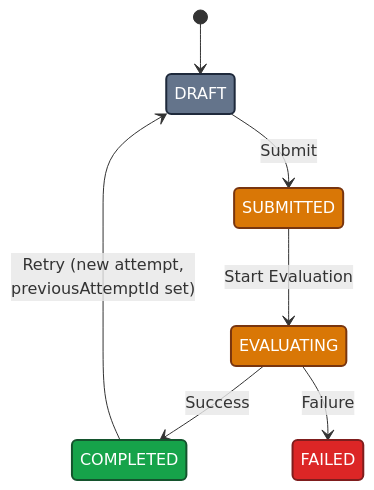
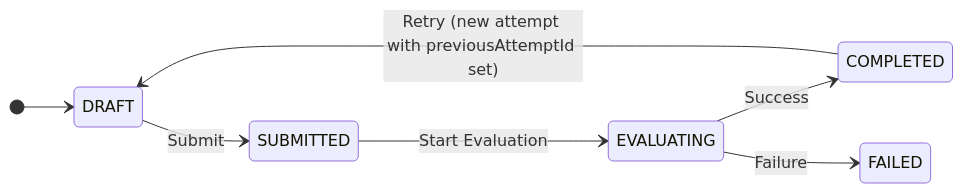
The fourth of 7 diagrams in README.md (shaurya-sehgal5/LLD), drawn with Mermaid before and after one commit. The commit also changed other lines of this file, not shown here.

````diff
--- a/README.md
+++ b/README.md
@@ -273,20 +228,10 @@
 ```mermaid
 stateDiagram-v2
+    direction LR
     [*] --> DRAFT
     DRAFT --> SUBMITTED: Submit
     SUBMITTED --> EVALUATING: Start Evaluation
     EVALUATING --> COMPLETED: Success
     EVALUATING --> FAILED: Failure
-    COMPLETED --> DRAFT: Retry (new attempt,<br/>previousAttemptId set)
-
-    classDef draft fill:#64748b,color:#fff,stroke:#1e293b,stroke-width:2px
-    classDef active fill:#d97706,color:#fff,stroke:#78350f,stroke-width:2px
-    classDef success fill:#16a34a,color:#fff,stroke:#14532d,stroke-width:2px
-    classDef fail fill:#dc2626,color:#fff,stroke:#7f1d1d,stroke-width:2px
-
-    class DRAFT draft
-    class SUBMITTED active
-    class EVALUATING active
-    class COMPLETED success
-    class FAILED fail
+    COMPLETED --> DRAFT: Retry (new attempt with previousAttemptId set)
 ```
````
